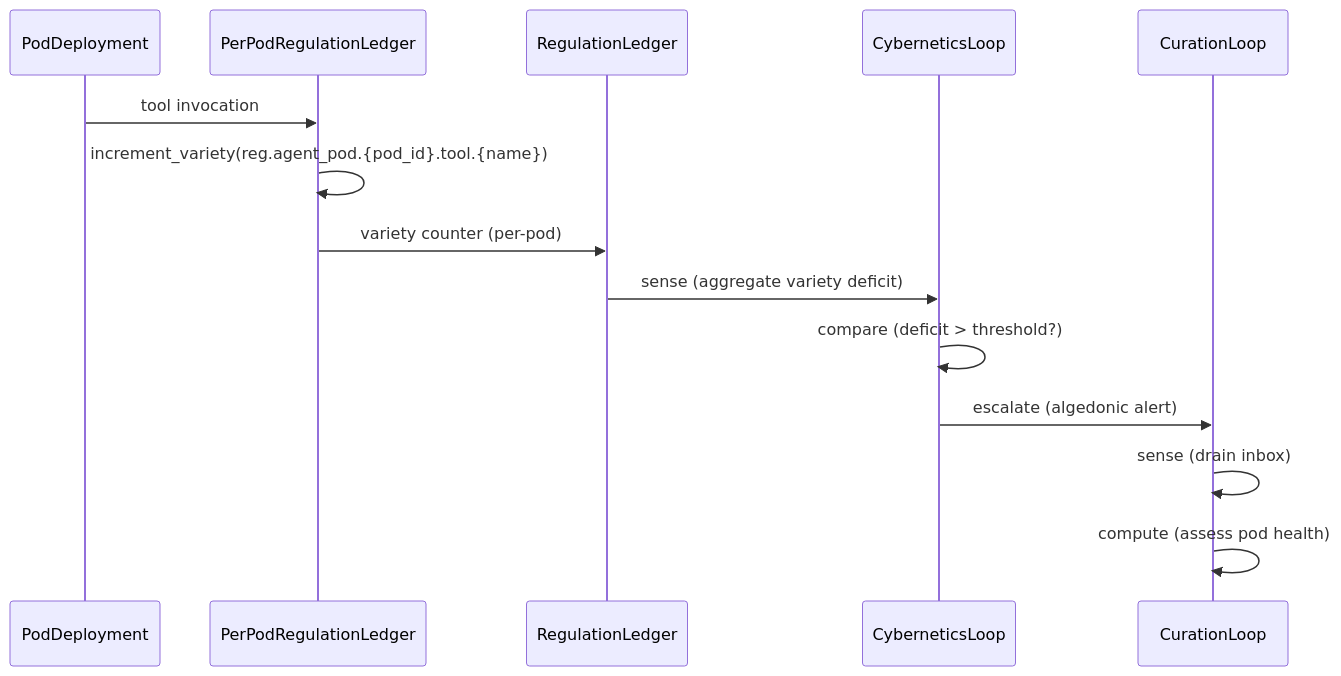
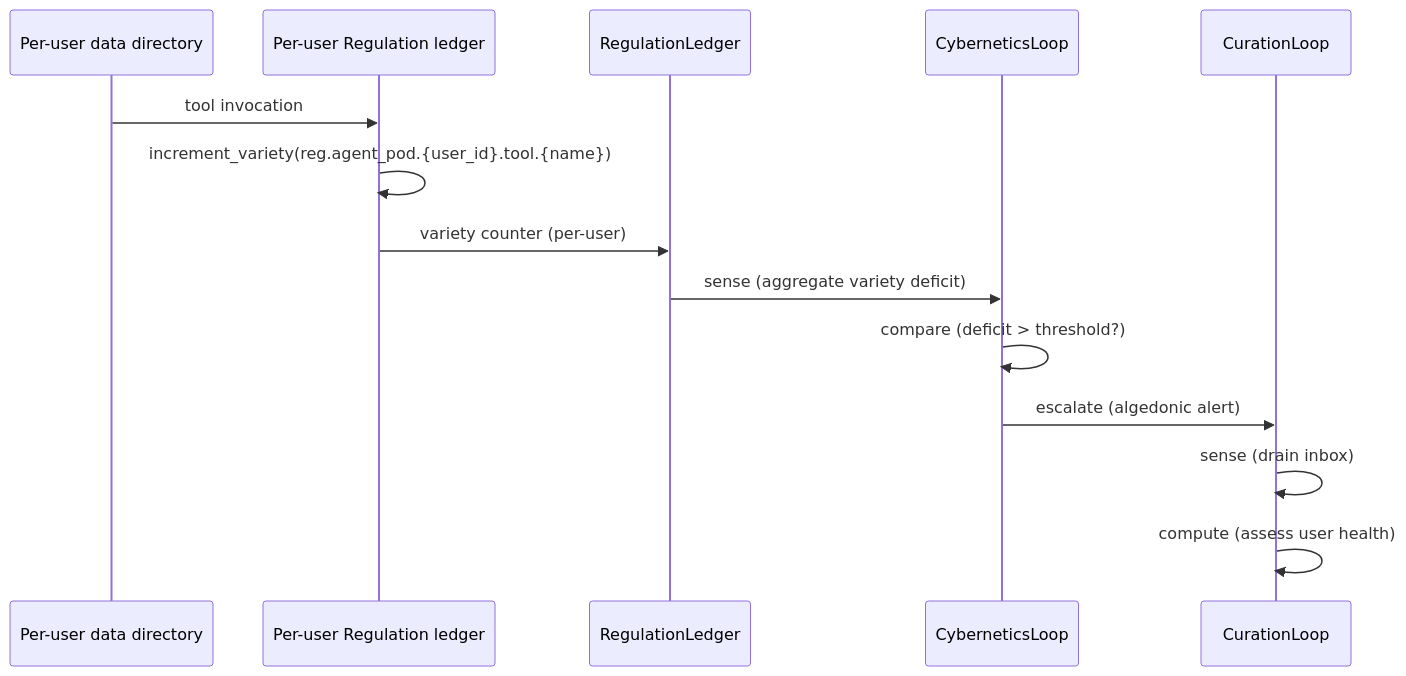
Before and after one commit to mdz-axo/zed-kask: the sixth of 6 diagrams in kask/docs/architecture/core/toyota-kata-cybernetic-mapping.md, drawn with Mermaid. The commit also changed other lines of this file and 5 other files, not shown here.

````diff
--- a/kask/docs/architecture/core/toyota-kata-cybernetic-mapping.md
+++ b/kask/docs/architecture/core/toyota-kata-cybernetic-mapping.md
@@ -400,17 +390,17 @@
 ```mermaid
 sequenceDiagram
-    participant PD as PodDeployment
-    participant PReg as PerPodRegulationLedger
+    participant PD as Per-user data directory
+    participant PReg as Per-user Regulation ledger
     participant CR as RegulationLedger
     participant CL as CyberneticsLoop
     participant CUL as CurationLoop
 
     PD->>PReg: tool invocation
-    PReg->>PReg: increment_variety(reg.agent_pod.{pod_id}.tool.{name})
-    PReg->>CR: variety counter (per-pod)
+    PReg->>PReg: increment_variety(reg.agent_pod.{user_id}.tool.{name})
+    PReg->>CR: variety counter (per-user)
     CR->>CL: sense (aggregate variety deficit)
     CL->>CL: compare (deficit > threshold?)
     CL->>CUL: escalate (algedonic alert)
     CUL->>CUL: sense (drain inbox)
-    CUL->>CUL: compute (assess pod health)
+    CUL->>CUL: compute (assess user health)
 ```
````
